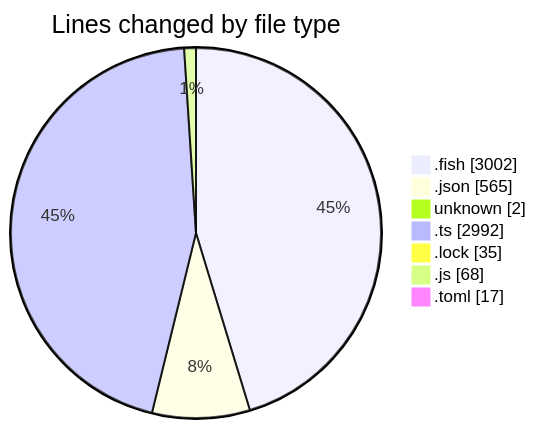
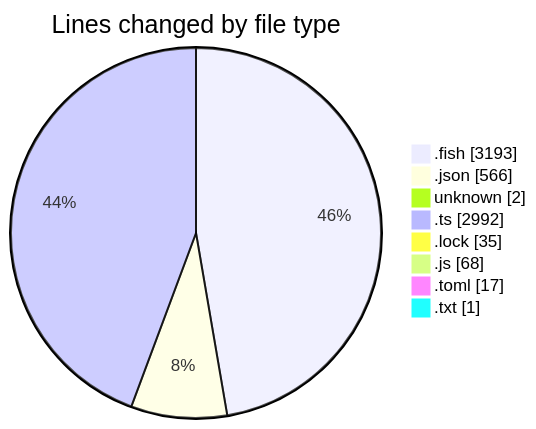
The first of 2 diagrams in 2025-07-12/fish/README.md (EIIisD/code-tracking), drawn with Mermaid before and after one commit. The commit also changed other lines of this file and 1 other file, not shown here.

````diff
--- a/2025-07-12/fish/README.md
+++ b/2025-07-12/fish/README.md
@@ -158,11 +161,12 @@
 ```mermaid
 pie showData
 title Lines changed by file type
-".fish" : 3002
-".json" : 565
+".fish" : 3193
+".json" : 566
 "unknown" : 2
 ".ts" : 2992
 ".lock" : 35
 ".js" : 68
 ".toml" : 17
+".txt" : 1
 ```
````
